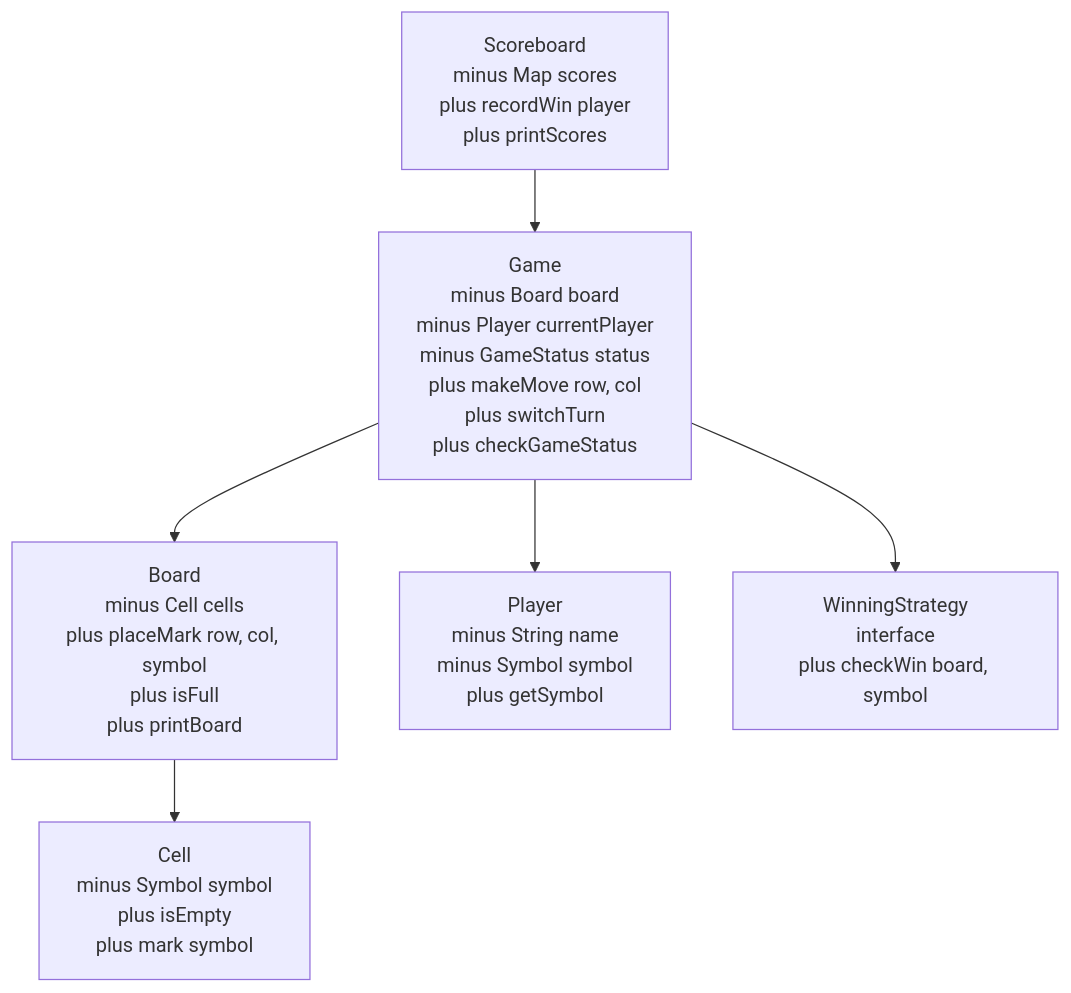
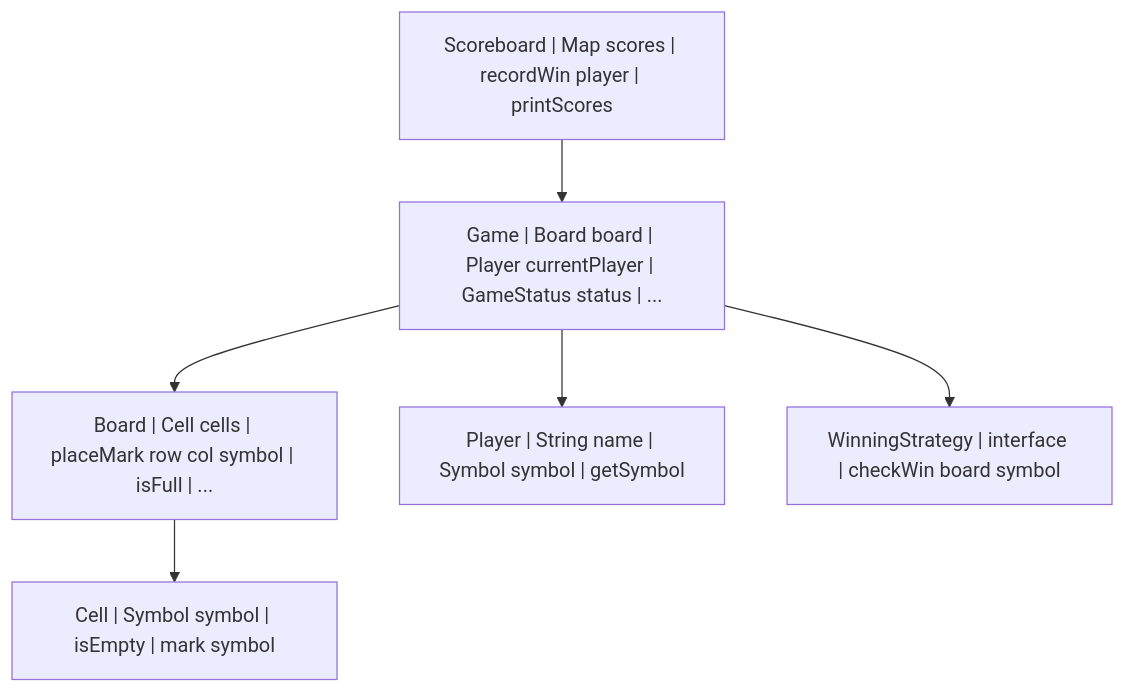
Before and after one commit to mthaiseer/springcloud-systemdesign-notes: the second of 39 diagrams in LLD_NOTES/lld_visual_java_reference_fixed.md, drawn with Mermaid. The commit also changed other lines of this file, not shown here.

````diff
--- a/LLD_NOTES/lld_visual_java_reference_fixed.md
+++ b/LLD_NOTES/lld_visual_java_reference_fixed.md
@@ -108,14 +108,14 @@
 ```mermaid
 flowchart TD
-  C1["Game<br/>minus Board board<br/>minus Player currentPlayer<br/>minus GameStatus status<br/>plus makeMove row, col<br/>plus switchTurn<br/>plus checkGameStatus"]
-  C2["Board<br/>minus Cell cells<br/>plus placeMark row, col, symbol<br/>plus isFull<br/>plus printBoard"]
-  C3["Cell<br/>minus Symbol symbol<br/>plus isEmpty<br/>plus mark symbol"]
-  C4["Player<br/>minus String name<br/>minus Symbol symbol<br/>plus getSymbol"]
-  C5["WinningStrategy<br/>interface<br/>plus checkWin board, symbol"]
-  C6["Scoreboard<br/>minus Map scores<br/>plus recordWin player<br/>plus printScores"]
-  C1 --> C2
-  C1 --> C4
-  C1 --> C5
-  C2 --> C3
-  C6 --> C1
+  C1["Game | Board board | Player currentPlayer | GameStatus status | ..."]
+  C2["Board | Cell cells | placeMark row col symbol | isFull | ..."]
+  C3["Cell | Symbol symbol | isEmpty | mark symbol"]
+  C4["Player | String name | Symbol symbol | getSymbol"]
+  C5["WinningStrategy | interface | checkWin board symbol"]
+  C6["Scoreboard | Map scores | recordWin player | printScores"]
+C1 --> C2
+C1 --> C4
+C1 --> C5
+C2 --> C3
+C6 --> C1
 ```
````
